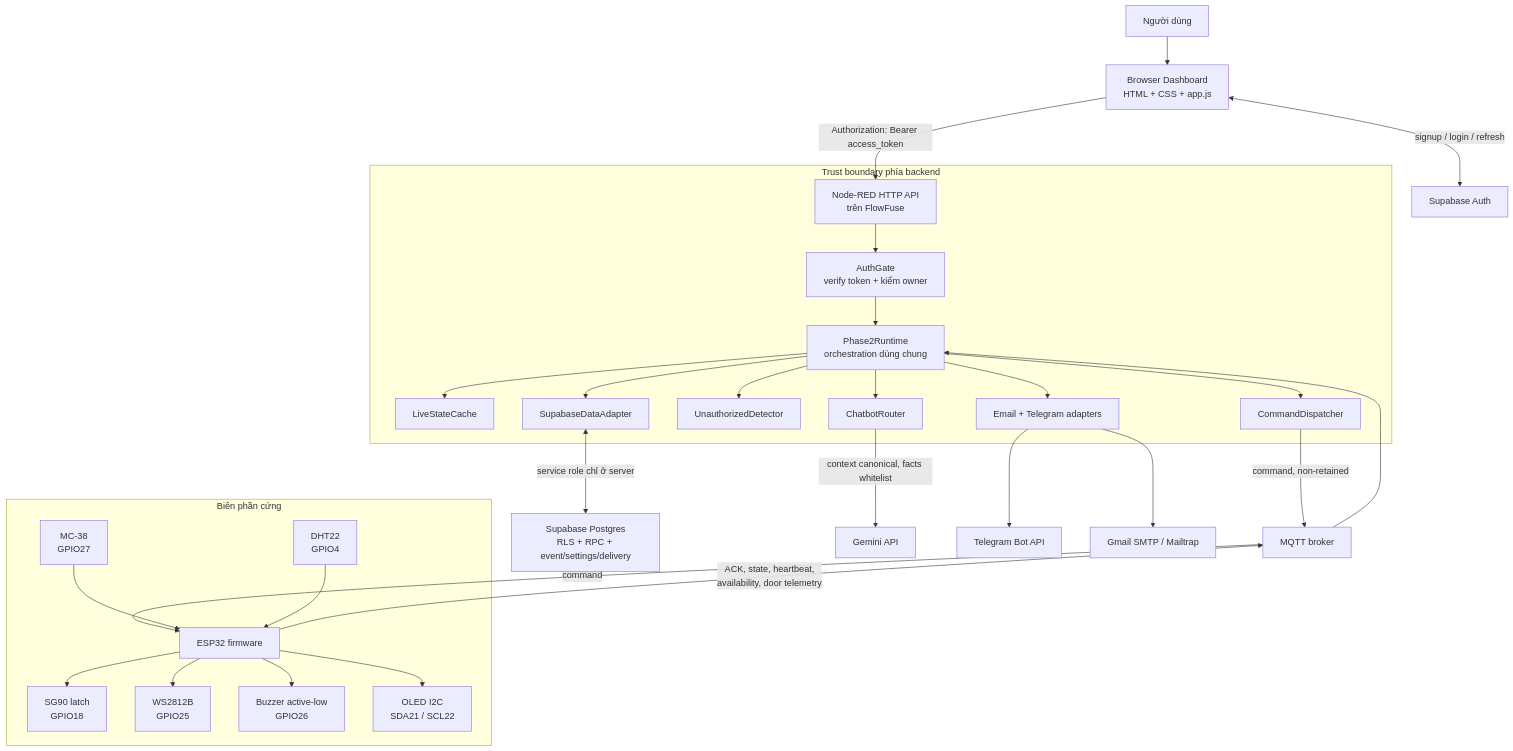
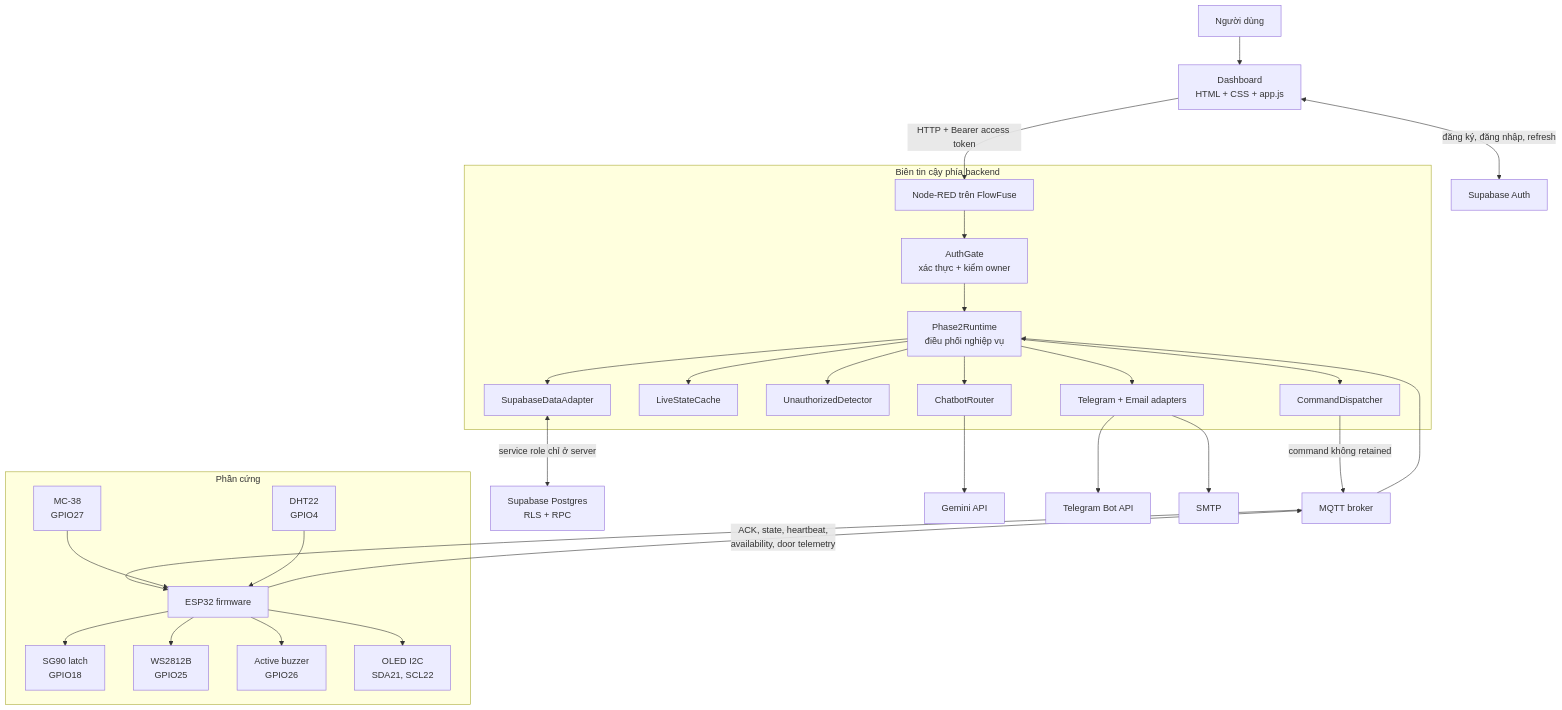
The first of 28 diagrams in ON_TAP_VAN_DAP_CHI_TIET.md (ThaiQuangHuy2906/smart-privacy-locker), drawn with Mermaid before and after one commit. The commit also changed other lines of this file and 25 other files, not shown here.

````diff
--- a/ON_TAP_VAN_DAP_CHI_TIET.md
+++ b/ON_TAP_VAN_DAP_CHI_TIET.md
@@ -141,36 +57,36 @@
 ```mermaid
 flowchart TB
-    U["Người dùng"] --> B["Browser Dashboard<br/>HTML + CSS + app.js"]
-    B <-->|"signup / login / refresh"| SA["Supabase Auth"]
-    B -->|"Authorization: Bearer access_token"| H["Node-RED HTTP API<br/>trên FlowFuse"]
+    U["Người dùng"] --> WEB["Dashboard<br/>HTML + CSS + app.js"]
+    WEB <-->|"đăng ký, đăng nhập, refresh"| AUTH["Supabase Auth"]
+    WEB -->|"HTTP + Bearer access token"| NR["Node-RED trên FlowFuse"]
 
-    subgraph Backend["Trust boundary phía backend"]
-        H --> AG["AuthGate<br/>verify token + kiểm owner"]
-        AG --> RT["Phase2Runtime<br/>orchestration dùng chung"]
-        RT --> LC["LiveStateCache"]
-        RT --> DP["CommandDispatcher"]
-        RT --> UD["UnauthorizedDetector"]
-        RT --> DA["SupabaseDataAdapter"]
-        RT --> CB["ChatbotRouter"]
-        RT --> EM["Email + Telegram adapters"]
+    subgraph BACKEND["Biên tin cậy phía backend"]
+        NR --> AG["AuthGate<br/>xác thực + kiểm owner"]
+        AG --> RT["Phase2Runtime<br/>điều phối nghiệp vụ"]
+        RT --> DISP["CommandDispatcher"]
+        RT --> CACHE["LiveStateCache"]
+        RT --> SEC["UnauthorizedDetector"]
+        RT --> DATA["SupabaseDataAdapter"]
+        RT --> BOT["ChatbotRouter"]
+        RT --> NOTI["Telegram + Email adapters"]
     end
 
-    DA <-->|"service role chỉ ở server"| DB["Supabase Postgres<br/>RLS + RPC + event/settings/delivery"]
-    CB -->|"context canonical, facts whitelist"| GM["Gemini API"]
-    EM --> TG["Telegram Bot API"]
-    EM --> SMTP["Gmail SMTP / Mailtrap"]
+    DATA <-->|"service role chỉ ở server"| DB["Supabase Postgres<br/>RLS + RPC"]
+    BOT --> GEMINI["Gemini API"]
+    NOTI --> TELEGRAM["Telegram Bot API"]
+    NOTI --> SMTP["SMTP"]
 
-    DP -->|"command, non-retained"| MQ["MQTT broker"]
-    MQ -->|"command"| ESP["ESP32 firmware"]
-    ESP -->|"ACK, state, heartbeat,<br/>availability, door telemetry"| MQ
-    MQ --> RT
+    DISP -->|"command không retained"| MQTT["MQTT broker"]
+    MQTT --> ESP["ESP32 firmware"]
+    ESP -->|"ACK, state, heartbeat,<br/>availability, door telemetry"| MQTT
+    MQTT --> RT
 
-    subgraph Physical["Biên phần cứng"]
+    subgraph HARDWARE["Phần cứng"]
         MC["MC-38<br/>GPIO27"] --> ESP
-        ESP --> SG["SG90 latch<br/>GPIO18"]
+        DHT["DHT22<br/>GPIO4"] --> ESP
+        ESP --> SERVO["SG90 latch<br/>GPIO18"]
         ESP --> LED["WS2812B<br/>GPIO25"]
-        ESP --> BZ["Buzzer active-low<br/>GPIO26"]
-        DHT["DHT22<br/>GPIO4"] --> ESP
-        ESP --> OLED["OLED I2C<br/>SDA21 / SCL22"]
+        ESP --> BUZZER["Active buzzer<br/>GPIO26"]
+        ESP --> OLED["OLED I2C<br/>SDA21, SCL22"]
     end
 ```
````
